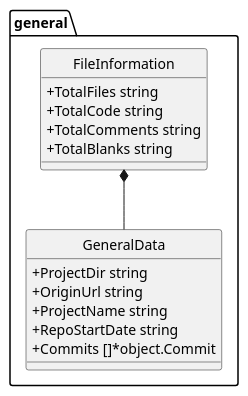
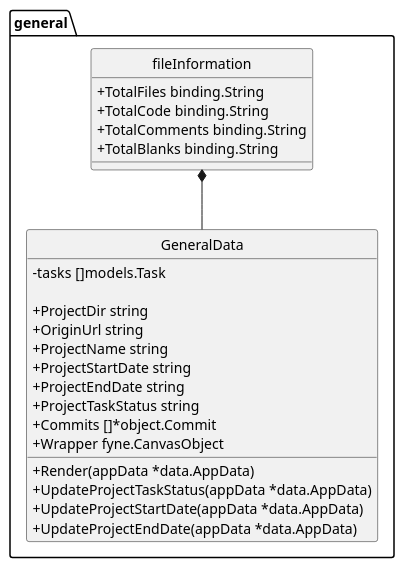
The diagram in docs/res/modules/general.pu (imdar1/GitMonitor), drawn with PlantUML before and after one commit. The commit also changed 12 other files, not shown here.

```diff
--- a/docs/res/modules/general.pu
+++ b/docs/res/modules/general.pu
@@ -1,28 +1,38 @@
 @startuml
 top to bottom direction
 skinparam classAttributeIconSize 0
 skinparam DefaultFontName Arial
 skinparam DefaultFontSize 14
 skinparam monochrome true
 hide circle
 
 namespace general {
-    class FileInformation << (S,Aquamarine) >> {
-        + TotalFiles string
-        + TotalCode string
-        + TotalComments string
-        + TotalBlanks string
+    class fileInformation << (S,Aquamarine) >> {
+        + TotalFiles binding.String
+        + TotalCode binding.String
+        + TotalComments binding.String
+        + TotalBlanks binding.String
+    }
 
-    }
     class GeneralData << (S,Aquamarine) >> {
+        - tasks []models.Task
+
         + ProjectDir string
         + OriginUrl string
         + ProjectName string
-        + RepoStartDate string
+        + ProjectStartDate string
+        + ProjectEndDate string
+        + ProjectTaskStatus string
         + Commits []*object.Commit
+        + Wrapper fyne.CanvasObject
+
+        + Render(appData *data.AppData) 
+        + UpdateProjectTaskStatus(appData *data.AppData) 
+        + UpdateProjectStartDate(appData *data.AppData) 
+        + UpdateProjectEndDate(appData *data.AppData) 
 
     }
 }
-"general.FileInformation" *-- "general.GeneralData"
+"general.fileInformation" *-- "general.GeneralData"
 
 @enduml
```
